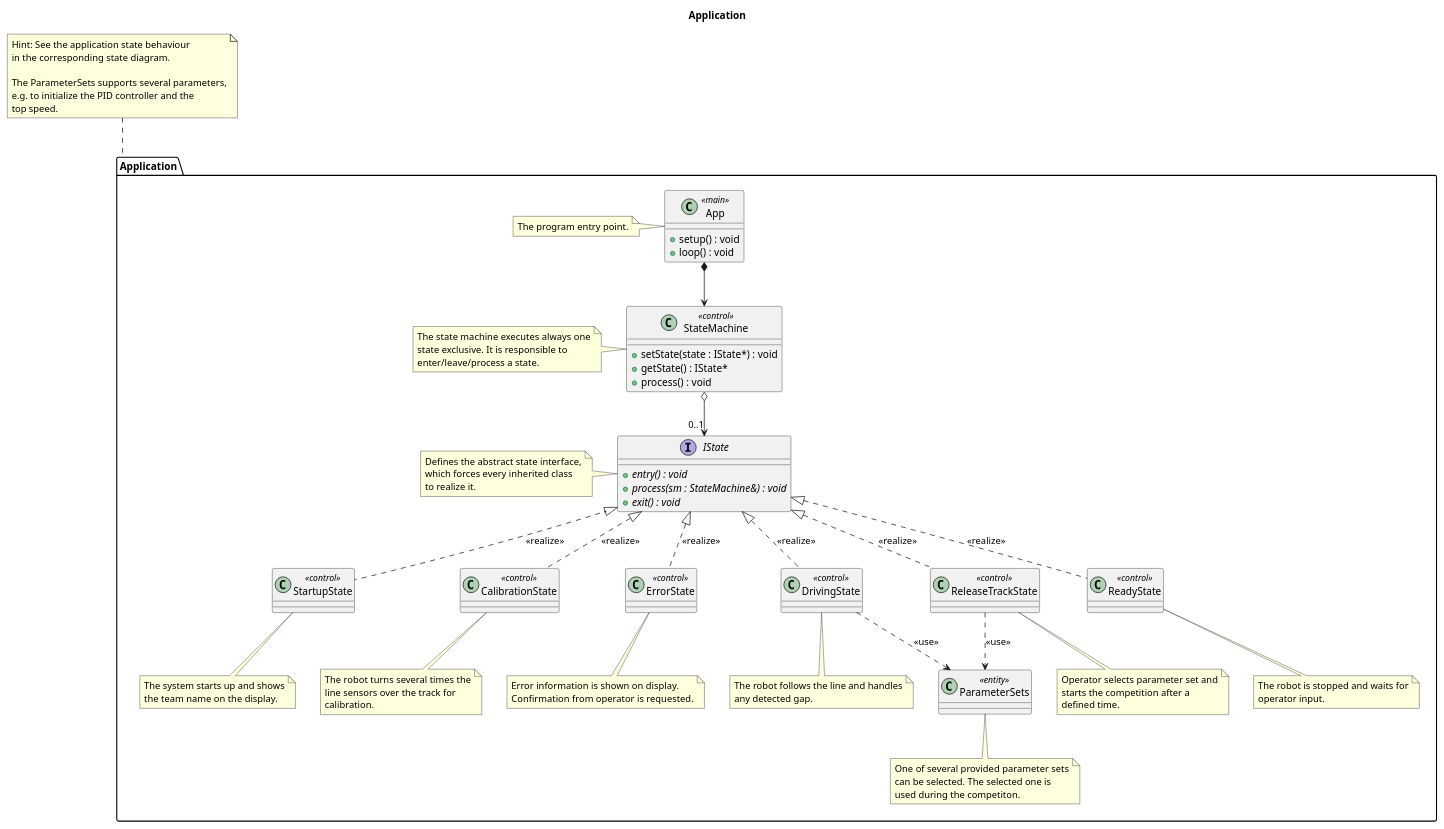
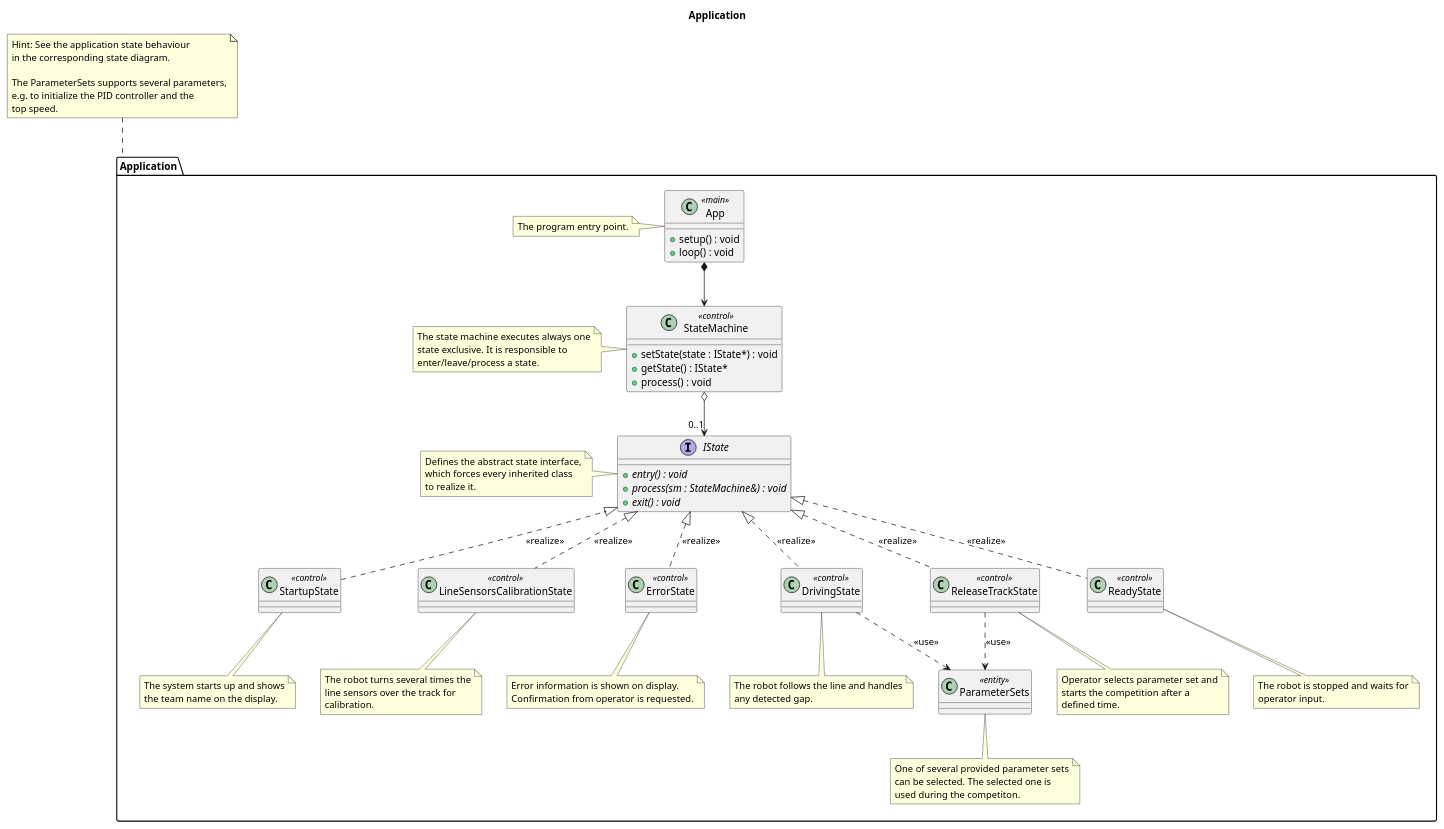
Before and after one commit to BlueAndi/RadonUlzer: the diagram in doc/architecture/uml/LogicalView/Application.plantuml, drawn with PlantUML. The commit also changed 16 other files, not shown here.

Commit message:
Relative encoder replaces the previous RelativeEncoders for simplicity. Line sensor calibration refactored.

```diff
--- a/doc/architecture/uml/LogicalView/Application.plantuml
+++ b/doc/architecture/uml/LogicalView/Application.plantuml
@@ -1,111 +1,111 @@
 @startuml
 
 title Application
 
 package "Application" as appLayer {
 
     class App <<main>> {
         + setup() : void
         + loop() : void
     }
 
     note left of App
         The program entry point.
     end note
 
     class StateMachine <<control>> {
         + setState(state : IState*) : void
         + getState() : IState*
         + process() : void
     }
 
     note left of StateMachine
         The state machine executes always one
         state exclusive. It is responsible to
         enter/leave/process a state.
     end note
 
     interface IState {
         + {abstract} entry() : void
         + {abstract} process(sm : StateMachine&) : void
         + {abstract} exit() : void
     }
 
     note left of IState
         Defines the abstract state interface,
         which forces every inherited class
         to realize it.
     end note
 
     class StartupState <<control>>
-    class CalibrationState <<control>>
+    class LineSensorsCalibrationState <<control>>
     class ErrorState <<control>>
     class DrivingState <<control>>
     class ReadyState <<control>>
     class ReleaseTrackState <<control>>
 
     class ParameterSets <<entity>>
 
     note bottom of ParameterSets
         One of several provided parameter sets
         can be selected. The selected one is
         used during the competiton.
     end note
 
     note bottom of StartupState
         The system starts up and shows
         the team name on the display.
     end note
 
-    note bottom of CalibrationState
+    note bottom of LineSensorsCalibrationState
         The robot turns several times the
         line sensors over the track for
         calibration.
     end note
 
     note bottom of ErrorState
         Error information is shown on display.
         Confirmation from operator is requested.
     end note
 
     note bottom of DrivingState
         The robot follows the line and handles
         any detected gap.
     end note
 
     note bottom of ReadyState
         The robot is stopped and waits for
         operator input.
     end note
 
     note bottom of ReleaseTrackState
         Operator selects parameter set and
         starts the competition after a
         defined time.
     end note
 }
 
 note top of  appLayer
     Hint: See the application state behaviour
     in the corresponding state diagram.
 
     The ParameterSets supports several parameters,
     e.g. to initialize the PID controller and the
     top speed.
 end note
 
 App *--> StateMachine
 
 StateMachine o--> "0..1" IState
 
 IState <|.. StartupState: <<realize>>
-IState <|.. CalibrationState: <<realize>>
+IState <|.. LineSensorsCalibrationState: <<realize>>
 IState <|.. ErrorState: <<realize>>
 IState <|.. ReadyState: <<realize>>
 IState <|.. ReleaseTrackState: <<realize>>
 IState <|.. DrivingState: <<realize>>
 
 ReleaseTrackState ..> ParameterSets: <<use>>
 DrivingState ..> ParameterSets: <<use>>
 
 @enduml
```
